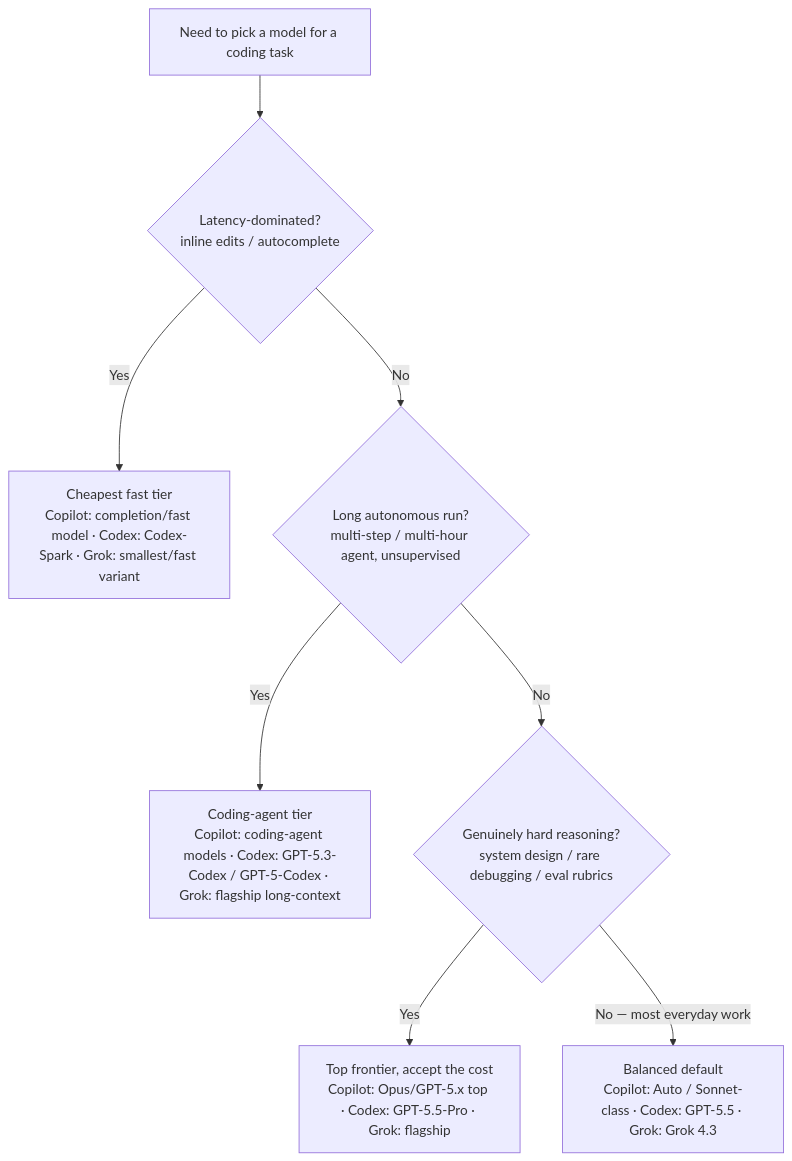
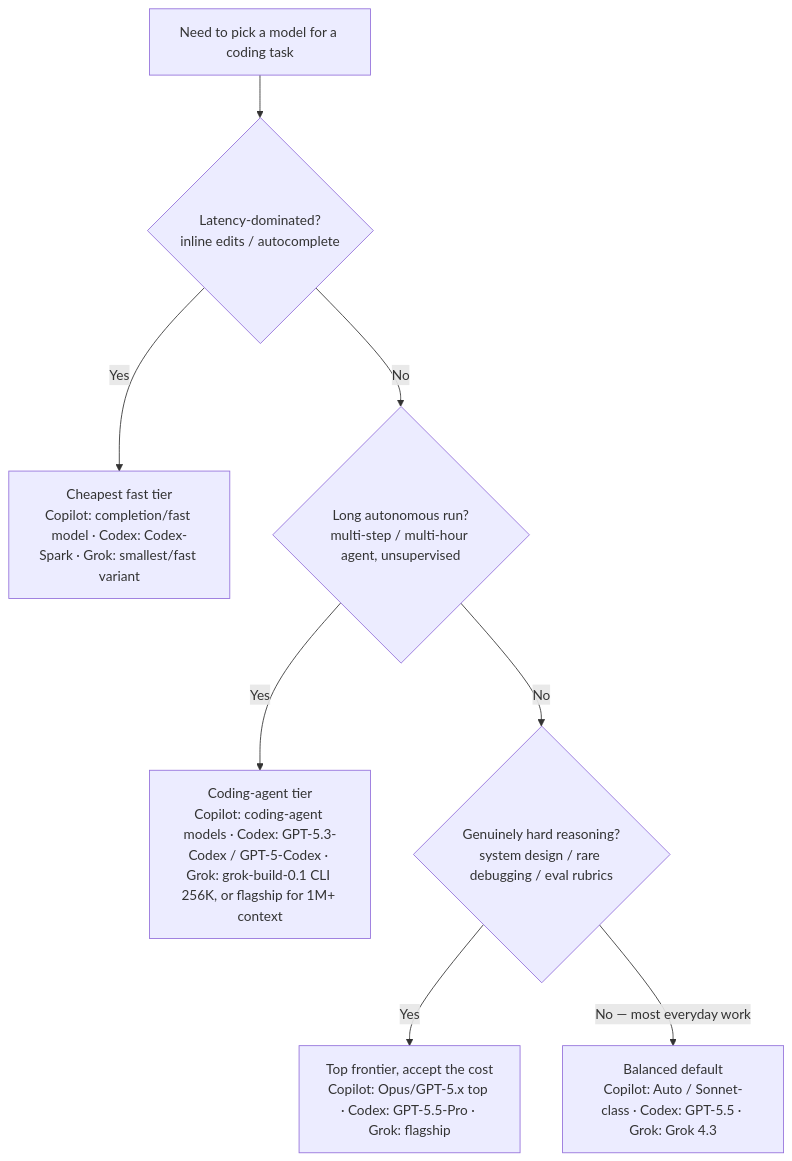
Before and after one commit to mcorbett51090/RavenClaude: the first of 2 diagrams in plugins/ai-coding-model-guidance/knowledge/cross-tool-model-lineup-2026.md, drawn with Mermaid. The commit also changed other lines of this file and 3 other files, not shown here.

First line of the commit message:
ai-coding-model-guidance: verify Grok Build CLI + add grok-build-0.1 (0.3.6) (#443)

````diff
--- a/plugins/ai-coding-model-guidance/knowledge/cross-tool-model-lineup-2026.md
+++ b/plugins/ai-coding-model-guidance/knowledge/cross-tool-model-lineup-2026.md
@@ -25,10 +25,10 @@
 ```mermaid
 flowchart TD
     A[Need to pick a model for a coding task] --> Q1{Latency-dominated?<br/>inline edits / autocomplete}
     Q1 -->|Yes| FAST[Cheapest fast tier<br/>Copilot: completion/fast model · Codex: Codex-Spark · Grok: smallest/fast variant]
     Q1 -->|No| Q2{Long autonomous run?<br/>multi-step / multi-hour agent, unsupervised}
-    Q2 -->|Yes| AGENT[Coding-agent tier<br/>Copilot: coding-agent models · Codex: GPT-5.3-Codex / GPT-5-Codex · Grok: flagship long-context]
+    Q2 -->|Yes| AGENT[Coding-agent tier<br/>Copilot: coding-agent models · Codex: GPT-5.3-Codex / GPT-5-Codex · Grok: grok-build-0.1 CLI 256K, or flagship for 1M+ context]
     Q2 -->|No| Q3{Genuinely hard reasoning?<br/>system design / rare debugging / eval rubrics}
     Q3 -->|Yes| TOP[Top frontier, accept the cost<br/>Copilot: Opus/GPT-5.x top · Codex: GPT-5.5-Pro · Grok: flagship]
     Q3 -->|No — most everyday work| MID[Balanced default<br/>Copilot: Auto / Sonnet-class · Codex: GPT-5.5 · Grok: Grok 4.3]
 ```
````
